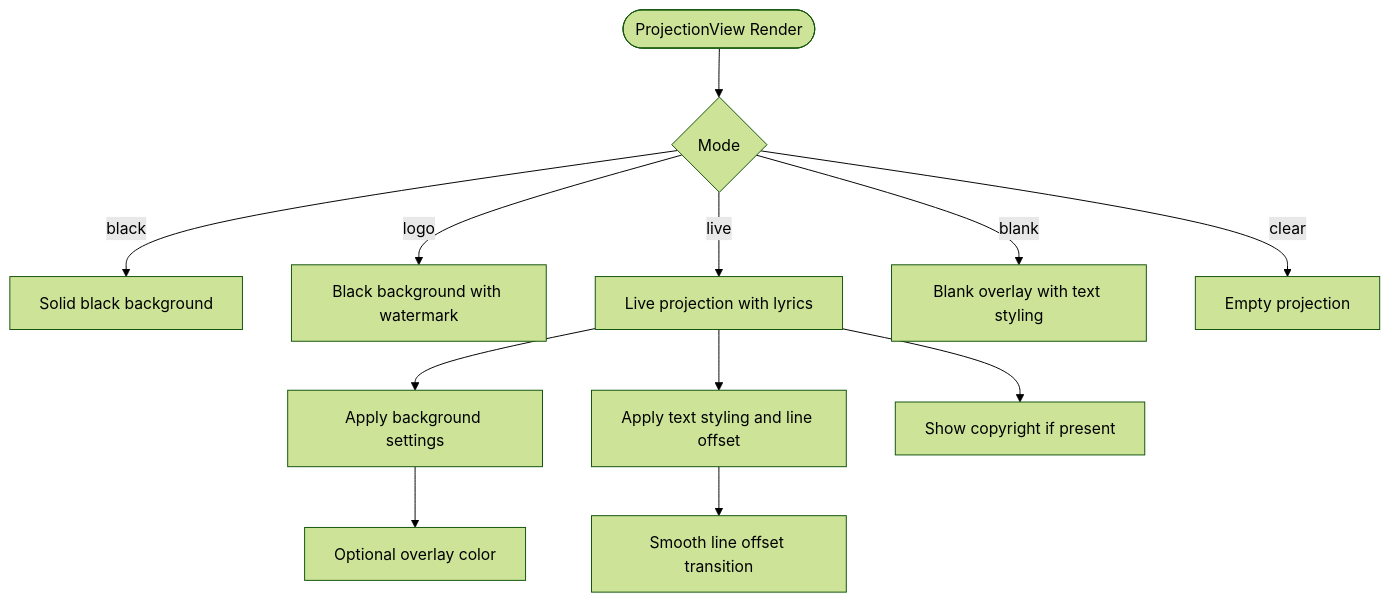
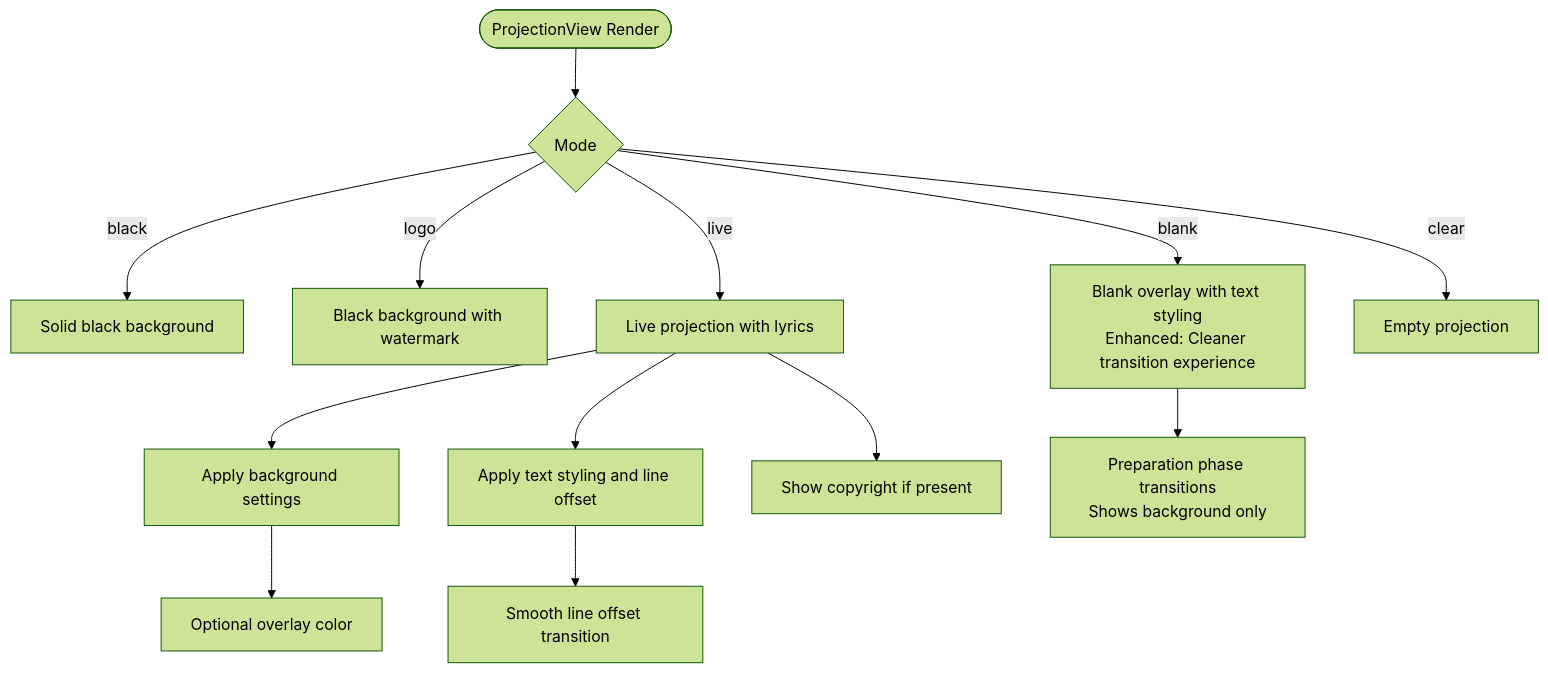
The fourth of 10 diagrams in .qoder/repowiki/en/content/User Interface Components/Projection View Component.md (jimmywyk/lyricdeck), drawn with Mermaid (forest theme) before and after one commit. The commit also changed other lines of this file and 11 other files, not shown here.

````diff
--- a/.qoder/repowiki/en/content/User Interface Components/Projection View Component.md
+++ b/.qoder/repowiki/en/content/User Interface Components/Projection View Component.md
@@ -206,14 +231,15 @@
 ```mermaid
 flowchart TD
 Start(["ProjectionView Render"]) --> CheckMode{"Mode"}
 CheckMode --> |black| Black["Solid black background"]
 CheckMode --> |logo| Logo["Black background with watermark"]
 CheckMode --> |live| Live["Live projection with lyrics"]
-CheckMode --> |blank| Blank["Blank overlay with text styling"]
+CheckMode --> |blank| Blank["Blank overlay with text styling<br/>Enhanced: Cleaner transition experience"]
 CheckMode --> |clear| Clear["Empty projection"]
 Live --> Background["Apply background settings"]
 Live --> Text["Apply text styling and line offset"]
 Live --> Copyright["Show copyright if present"]
 Background --> Overlay["Optional overlay color"]
 Text --> Transition["Smooth line offset transition"]
+Blank --> Preparation["Preparation phase transitions<br/>Shows background only"]
 ```
````
